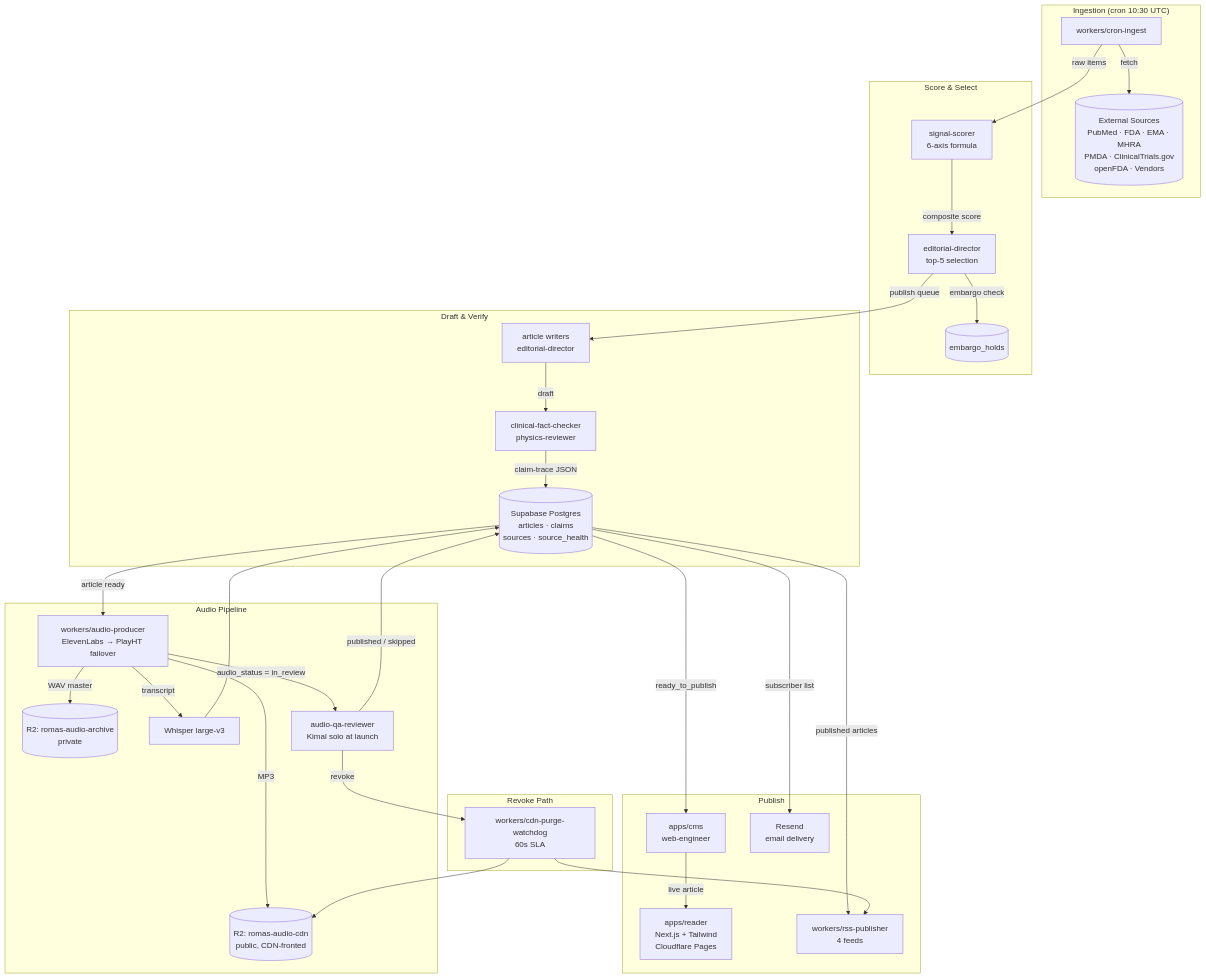
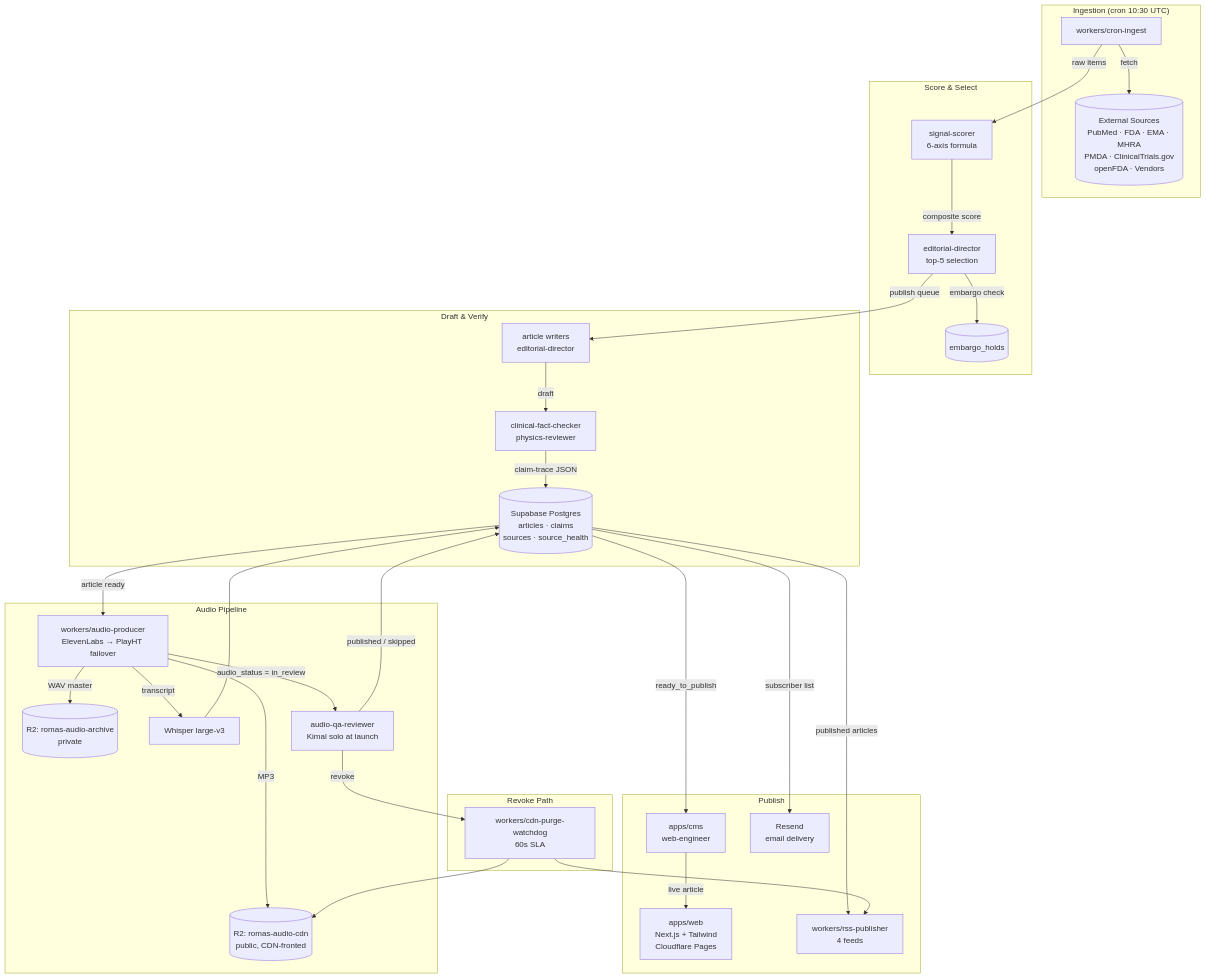
The first of 2 diagrams in Docs/specs/architecture.md (AllienNova/romas-brief), drawn with Mermaid before and after one commit. The commit also changed other lines of this file and 3 other files, not shown here.

````diff
--- a/Docs/specs/architecture.md
+++ b/Docs/specs/architecture.md
@@ -13,42 +13,42 @@
 ```mermaid
 flowchart TD
     subgraph Ingest ["Ingestion (cron 10:30 UTC)"]
         C1[workers/cron-ingest]
         C1 -->|fetch| SRC[(External Sources\nPubMed · FDA · EMA · MHRA\nPMDA · ClinicalTrials.gov\nopenFDA · Vendors)]
     end
 
     subgraph Score ["Score & Select"]
         C1 -->|raw items| SS[signal-scorer\n6-axis formula]
         SS -->|composite score| ED[editorial-director\ntop-5 selection]
         ED -->|embargo check| EH[(embargo_holds)]
     end
 
     subgraph Draft ["Draft & Verify"]
         ED -->|publish queue| AW[article writers\neditorial-director]
         AW -->|draft| FC[clinical-fact-checker\nphysics-reviewer]
         FC -->|claim-trace JSON| DB[(Supabase Postgres\narticles · claims\nsources · source_health)]
     end
 
     subgraph Audio ["Audio Pipeline"]
         DB -->|article ready| AP[workers/audio-producer\nElevenLabs → PlayHT failover]
         AP -->|WAV master| R2A[(R2: romas-audio-archive\nprivate)]
         AP -->|MP3| R2C[(R2: romas-audio-cdn\npublic, CDN-fronted)]
         AP -->|transcript| WH[Whisper large-v3]
         WH --> DB
         AP -->|audio_status = in_review| QA[audio-qa-reviewer\nKimal solo at launch]
     end
 
     subgraph Publish ["Publish"]
         QA -->|published / skipped| DB
         DB -->|ready_to_publish| WE[apps/cms\nweb-engineer]
-        WE -->|live article| RD[apps/reader\nNext.js + Tailwind\nCloudflare Pages]
+        WE -->|live article| RD[apps/web\nNext.js + Tailwind\nCloudflare Pages]
         DB -->|published articles| RSS[workers/rss-publisher\n4 feeds]
         DB -->|subscriber list| EM[Resend\nemail delivery]
     end
 
     subgraph Revoke ["Revoke Path"]
         QA -->|revoke| CDN[workers/cdn-purge-watchdog\n60s SLA]
         CDN --> R2C
         CDN --> RSS
     end
 ```
````
